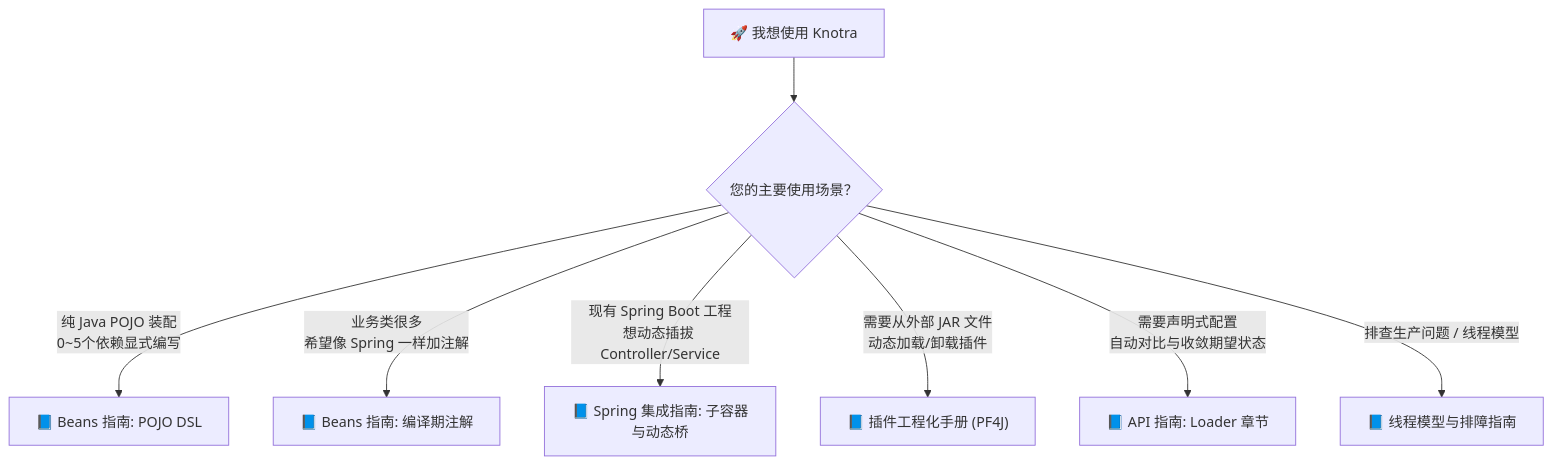
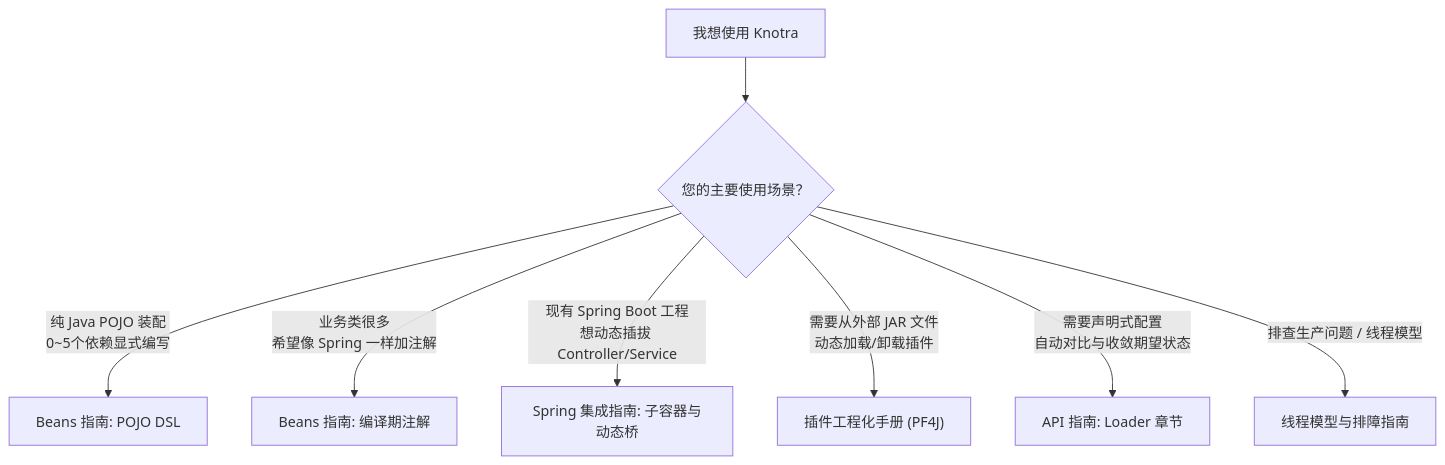
Before and after one commit to fjay/knotra: the third of 3 diagrams in README.md, drawn with Mermaid. The commit also changed other lines of this file and 7 other files, not shown here.

Commit message:
docs: 修复 Mermaid 图表语法并清理所有 emoji 表情

````diff
--- a/README.md
+++ b/README.md
@@ -180,11 +167,11 @@
 ```mermaid
 graph TD
-    Start["🚀 我想使用 Knotra"] --> Q1{"您的主要使用场景？"}
+    start_node["我想使用 Knotra"] --> q1{"您的主要使用场景？"}
 
-    Q1 -->|"纯 Java POJO 装配<br/>0~5个依赖显式编写"| P1["📘 Beans 指南: POJO DSL"]
-    Q1 -->|"业务类很多<br/>希望像 Spring 一样加注解"| P2["📘 Beans 指南: 编译期注解"]
-    Q1 -->|"现有 Spring Boot 工程<br/>想动态插拔 Controller/Service"| P3["📘 Spring 集成指南: 子容器与动态桥"]
-    Q1 -->|"需要从外部 JAR 文件<br/>动态加载/卸载插件"| P4["📘 插件工程化手册 (PF4J)"]
-    Q1 -->|"需要声明式配置<br/>自动对比与收敛期望状态"| P5["📘 API 指南: Loader 章节"]
-    Q1 -->|"排查生产问题 / 线程模型"| P6["📘 线程模型与排障指南"]
+    q1 -->|"纯 Java POJO 装配<br/>0~5个依赖显式编写"| p1["Beans 指南: POJO DSL"]
+    q1 -->|"业务类很多<br/>希望像 Spring 一样加注解"| p2["Beans 指南: 编译期注解"]
+    q1 -->|"现有 Spring Boot 工程<br/>想动态插拔 Controller/Service"| p3["Spring 集成指南: 子容器与动态桥"]
+    q1 -->|"需要从外部 JAR 文件<br/>动态加载/卸载插件"| p4["插件工程化手册 (PF4J)"]
+    q1 -->|"需要声明式配置<br/>自动对比与收敛期望状态"| p5["API 指南: Loader 章节"]
+    q1 -->|"排查生产问题 / 线程模型"| p6["线程模型与排障指南"]
 ```
````
